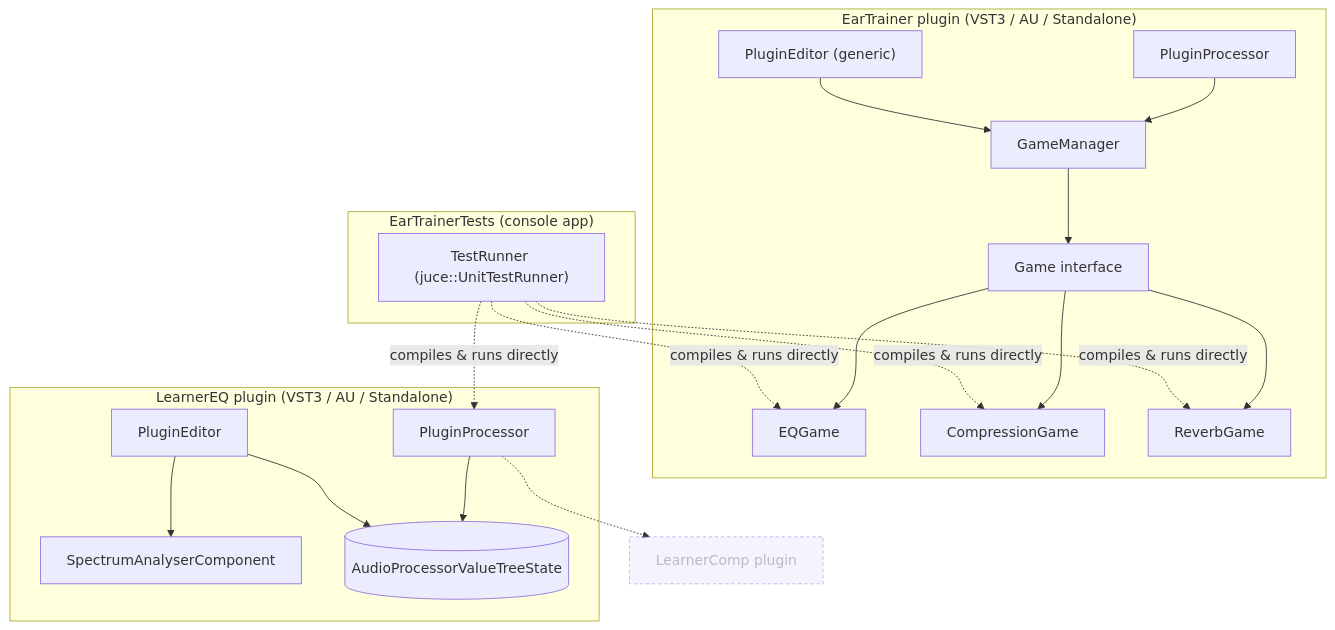
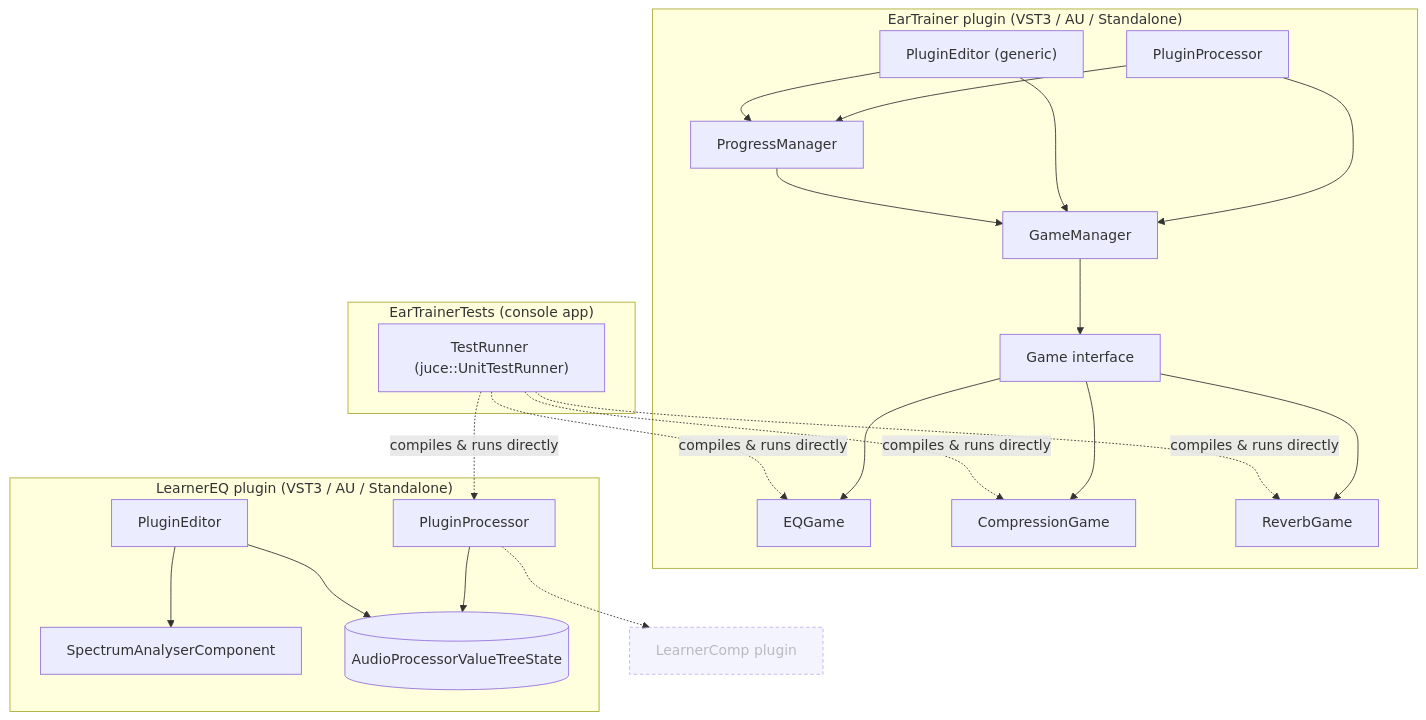
Before and after one commit to bogggare567/abcTrain: the diagram in README.md, drawn with Mermaid. The commit also changed other lines of this file and 24 other files, not shown here.

````diff
--- a/README.md
+++ b/README.md
@@ -25,45 +27,49 @@
 ```mermaid
 flowchart TB
     subgraph EarTrainer["EarTrainer plugin (VST3 / AU / Standalone)"]
         ETProc["PluginProcessor"]
         ETEdit["PluginEditor (generic)"]
         GM["GameManager"]
         GameIface["Game interface"]
         EQGame["EQGame"]
         CompGame["CompressionGame"]
         RevGame["ReverbGame"]
+        PM["ProgressManager"]
 
         ETProc --> GM
+        ETProc --> PM
         ETEdit --> GM
+        ETEdit --> PM
         GM --> GameIface
         GameIface --> EQGame
         GameIface --> CompGame
         GameIface --> RevGame
+        PM --> GM
     end
 
     subgraph LearnerEQ["LearnerEQ plugin (VST3 / AU / Standalone)"]
         LEProc["PluginProcessor"]
         LEEdit["PluginEditor"]
         Spectrum["SpectrumAnalyserComponent"]
         APVTS[("AudioProcessorValueTreeState")]
 
         LEProc --> APVTS
         LEEdit --> APVTS
         LEEdit --> Spectrum
     end
 
     subgraph Tests["EarTrainerTests (console app)"]
         Runner["TestRunner (juce::UnitTestRunner)"]
     end
 
     LearnerComp["LearnerComp plugin"]
 
     Runner -. "compiles & runs directly" .-> EQGame
     Runner -. "compiles & runs directly" .-> CompGame
     Runner -. "compiles & runs directly" .-> RevGame
     Runner -. "compiles & runs directly" .-> LEProc
     LEProc -.-> LearnerComp
 
     classDef planned stroke-dasharray:4 3,opacity:0.55;
     class LearnerComp planned;
 ```
````
